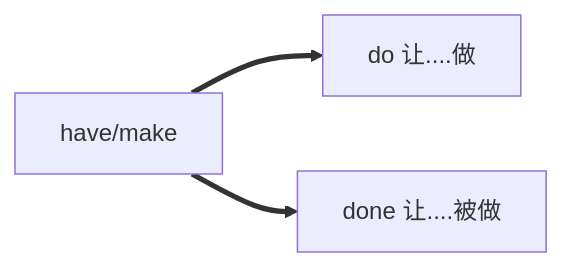
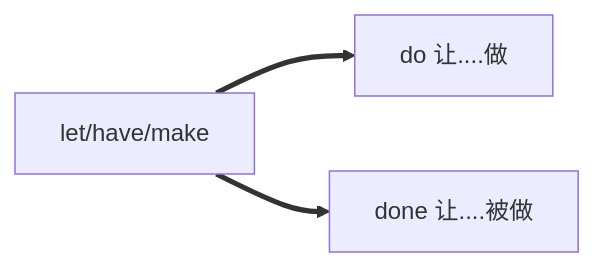
Before and after one commit to fuutianyii/english: diagram 12 of 13 in 非谓语动词/非谓语动词整理.md, drawn with Mermaid. The commit also changed other lines of this file and 1 other file, not shown here.

````diff
--- a/非谓语动词/非谓语动词整理.md
+++ b/非谓语动词/非谓语动词整理.md
@@ -437,5 +438,5 @@
 ```mermaid
 graph LR
-A["have/make"] ==> do["do 让....做"]
-A["have/make"] ==> done["done 让....被做"]
+A["let/have/make"] ==> do["do 让....做"]
+A["let/have/make"] ==> done["done 让....被做"]
 ```
````
